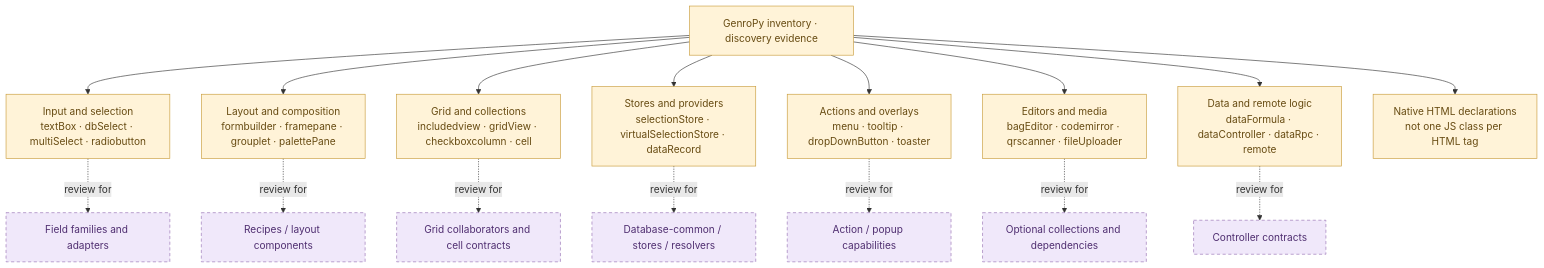
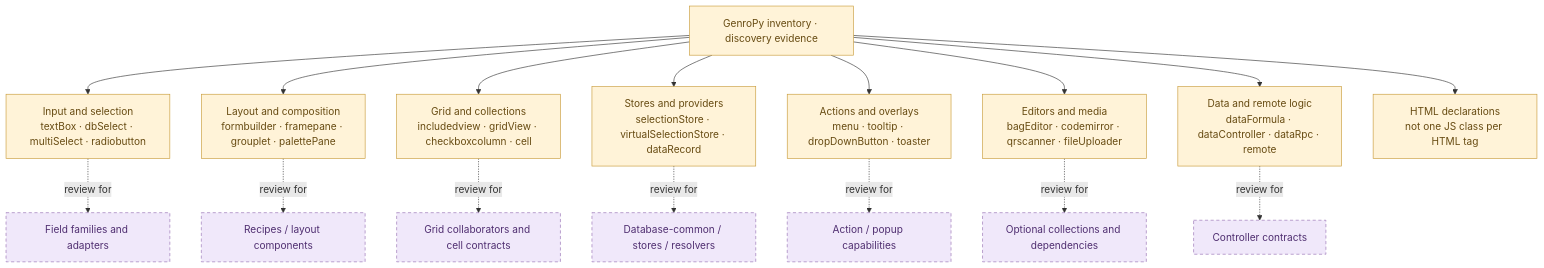
The seventh of 8 diagrams in docs/internal/045-js-taxonomy.md (gramlot-org/gramlot), drawn with Mermaid before and after one commit. The commit also changed other lines of this file and 47 other files, not shown here.

````diff
--- a/docs/internal/045-js-taxonomy.md
+++ b/docs/internal/045-js-taxonomy.md
@@ -295,23 +295,23 @@
 ```mermaid
 flowchart TB
     L["GenroPy inventory · discovery evidence"]
     L --> INPUT["Input and selection<br/>textBox · dbSelect · multiSelect · radiobutton"]
     L --> LAYOUT["Layout and composition<br/>formbuilder · framepane · grouplet · palettePane"]
     L --> GRID["Grid and collections<br/>includedview · gridView · checkboxcolumn · cell"]
     L --> STORE["Stores and providers<br/>selectionStore · virtualSelectionStore · dataRecord"]
     L --> ACTION["Actions and overlays<br/>menu · tooltip · dropDownButton · toaster"]
     L --> MEDIA["Editors and media<br/>bagEditor · codemirror · qrscanner · fileUploader"]
     L --> LOGIC["Data and remote logic<br/>dataFormula · dataController · dataRpc · remote"]
-    L --> HTML["Native HTML declarations<br/>not one JS class per HTML tag"]
+    L --> HTML["HTML declarations<br/>not one JS class per HTML tag"]
     INPUT -. review for .-> F["Field families and adapters"]
     LAYOUT -. review for .-> R["Recipes / layout components"]
     GRID -. review for .-> G["Grid collaborators and cell contracts"]
     STORE -. review for .-> D["Database-common / stores / resolvers"]
     ACTION -. review for .-> A["Action / popup capabilities"]
     MEDIA -. review for .-> P["Optional collections and dependencies"]
     LOGIC -. review for .-> C["Controller contracts"]
     classDef legacy fill:#fff3d8,color:#674b12,stroke:#c89b39;
     classDef proposed fill:#f0e8fa,color:#4f2e70,stroke:#9670b3,stroke-dasharray:5 4;
     class L,INPUT,LAYOUT,GRID,STORE,ACTION,MEDIA,LOGIC,HTML legacy;
     class F,R,G,D,A,P,C proposed;
 ```
````
